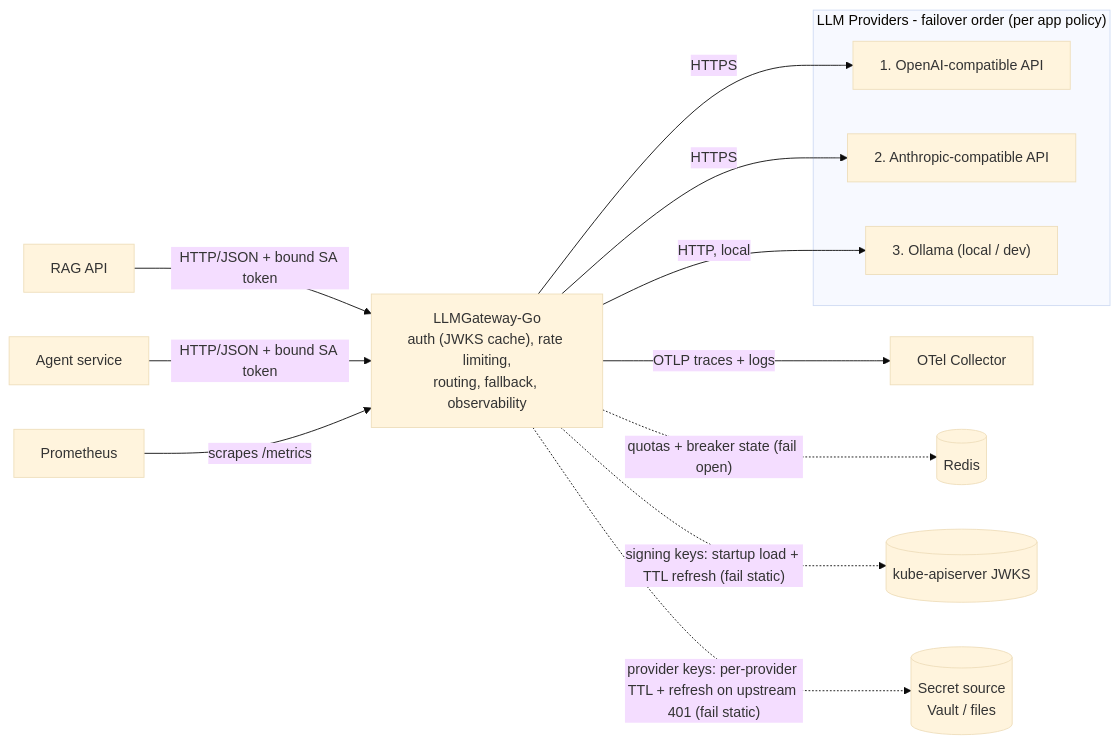
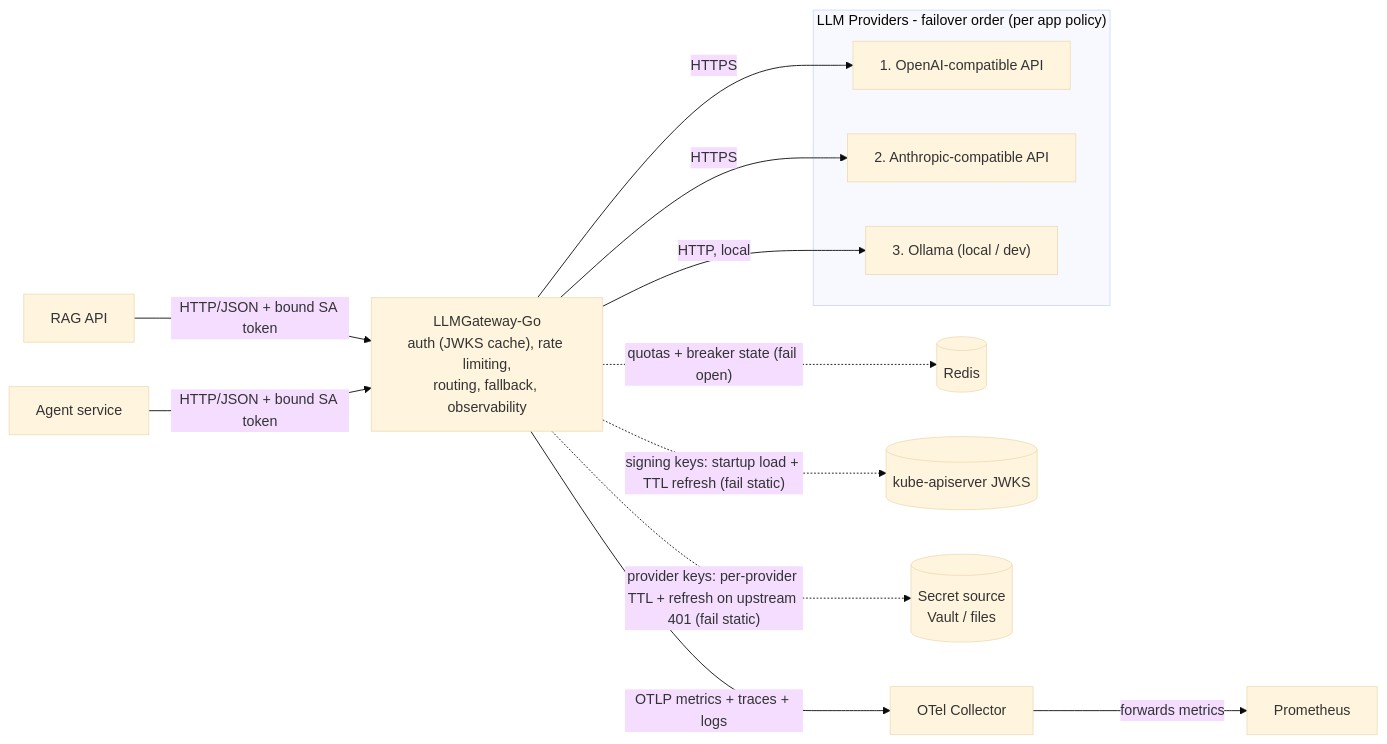
The first of 3 diagrams in README.md (FernasFragas/LLMGateway-Go), drawn with Mermaid (base theme) before and after one commit. The commit also changed 23 other files, not shown here.

````diff
--- a/README.md
+++ b/README.md
@@ -19,23 +19,23 @@
 ```mermaid
 graph LR
     RAG[RAG API] -->|"HTTP/JSON + bound SA token"| GW
     AGENT[Agent service] -->|"HTTP/JSON + bound SA token"| GW
-    PROM[Prometheus] -->|scrapes /metrics| GW
 
     GW["LLMGateway-Go<br/>auth (JWKS cache), rate limiting,<br/>routing, fallback, observability"]
 
     subgraph PROVIDERS["LLM Providers - failover order (per app policy)"]
         P1["1. OpenAI-compatible API"]
         P2["2. Anthropic-compatible API"]
         P3["3. Ollama (local / dev)"]
     end
 
     GW -->|HTTPS| P1
     GW -->|HTTPS| P2
     GW -->|"HTTP, local"| P3
 
-    GW -->|"OTLP traces + logs"| OTEL[OTel Collector]
+    GW -->|"OTLP metrics + traces + logs"| OTEL[OTel Collector]
+    OTEL -->|"forwards metrics"| PROM[Prometheus]
     GW -.->|"quotas + breaker state (fail open)"| REDIS[("Redis")]
     GW -.->|"signing keys: startup load + TTL refresh (fail static)"| JWKS[("kube-apiserver JWKS")]
     GW -.->|"provider keys: per-provider TTL + refresh on upstream 401 (fail static)"| SECRETS[("Secret source<br/>Vault / files")]
 ```
````
